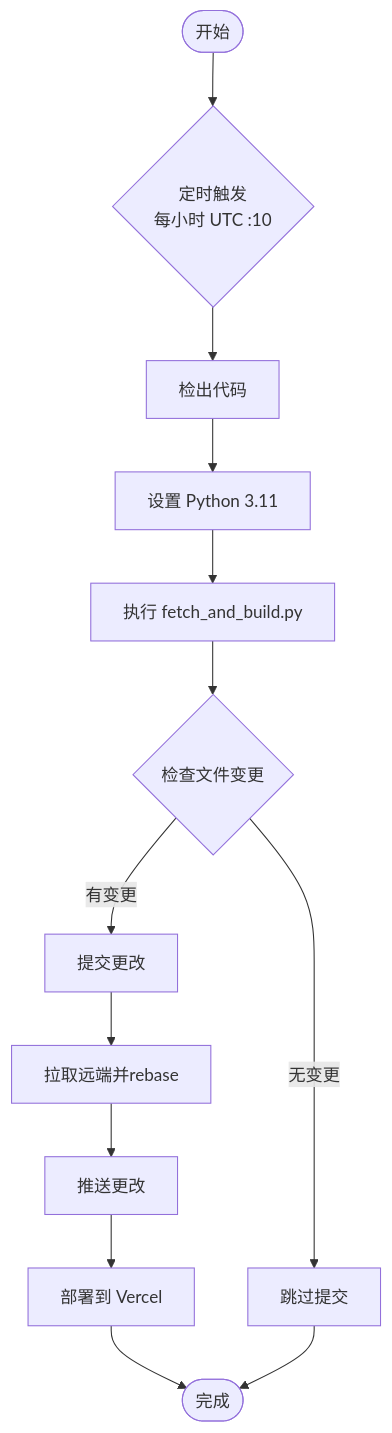
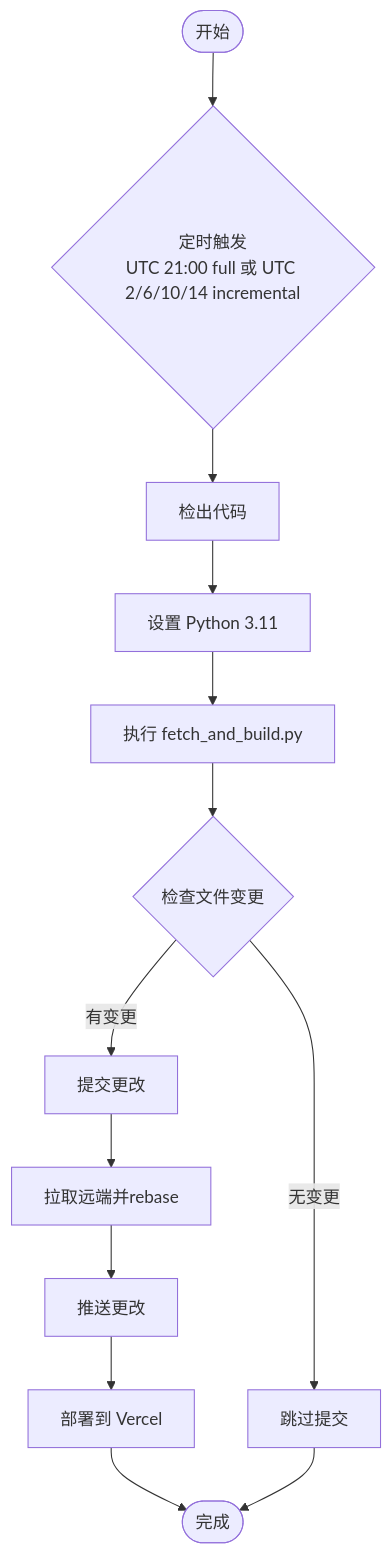
Before and after one commit to Kwei168/starhub: the third of 9 diagrams in .qoder/repowiki/zh/content/核心功能/趋势分析系统.md, drawn with Mermaid. The commit also changed other lines of this file and 18 other files, not shown here.

Commit message:
docs: sync StarHub Wiki architecture

````diff
--- a/.qoder/repowiki/zh/content/核心功能/趋势分析系统.md
+++ b/.qoder/repowiki/zh/content/核心功能/趋势分析系统.md
@@ -173,15 +173,15 @@
 ```mermaid
 flowchart TD
-Start(["开始"]) --> Schedule{"定时触发<br/>每小时 UTC :10"}
+Start(["开始"]) --> Schedule{"定时触发<br/>UTC 21:00 full 或 UTC 2/6/10/14 incremental"}
 Schedule --> Checkout["检出代码"]
 Checkout --> Setup["设置 Python 3.11"]
 Setup --> Execute["执行 fetch_and_build.py"]
 Execute --> CheckChanges{"检查文件变更"}
 CheckChanges --> |无变更| Skip["跳过提交"]
 CheckChanges --> |有变更| Commit["提交更改"]
 Commit --> PullRebase["拉取远端并rebase"]
 PullRebase --> Push["推送更改"]
 Push --> Deploy["部署到 Vercel"]
 Deploy --> End(["完成"])
 Skip --> End
 ```
````
